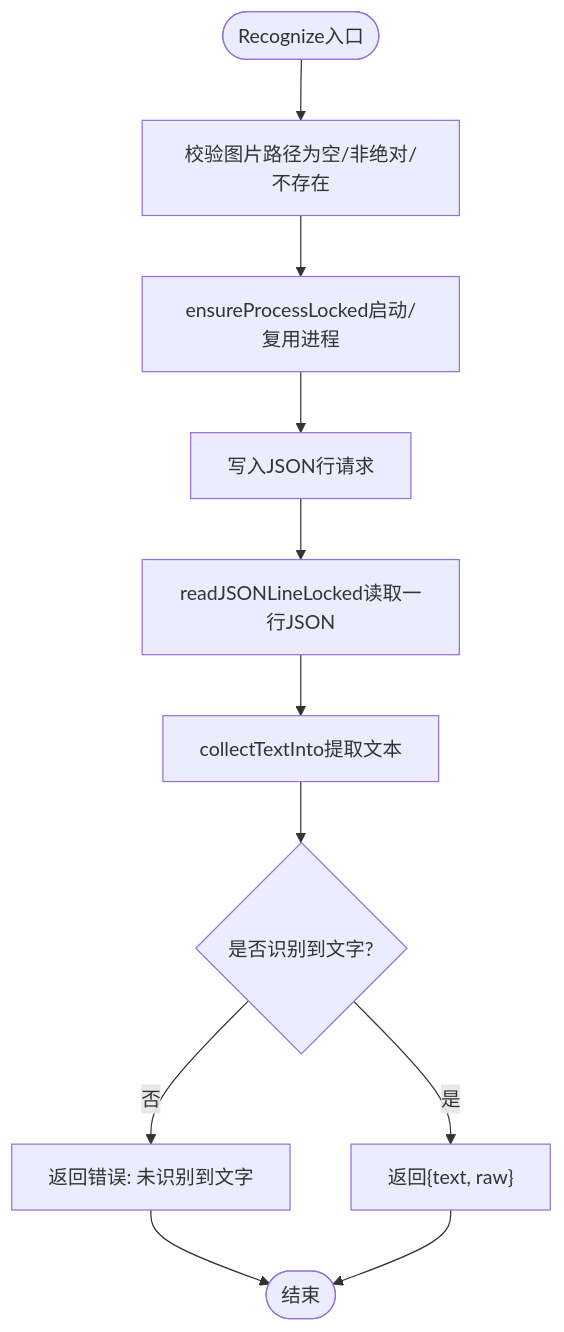
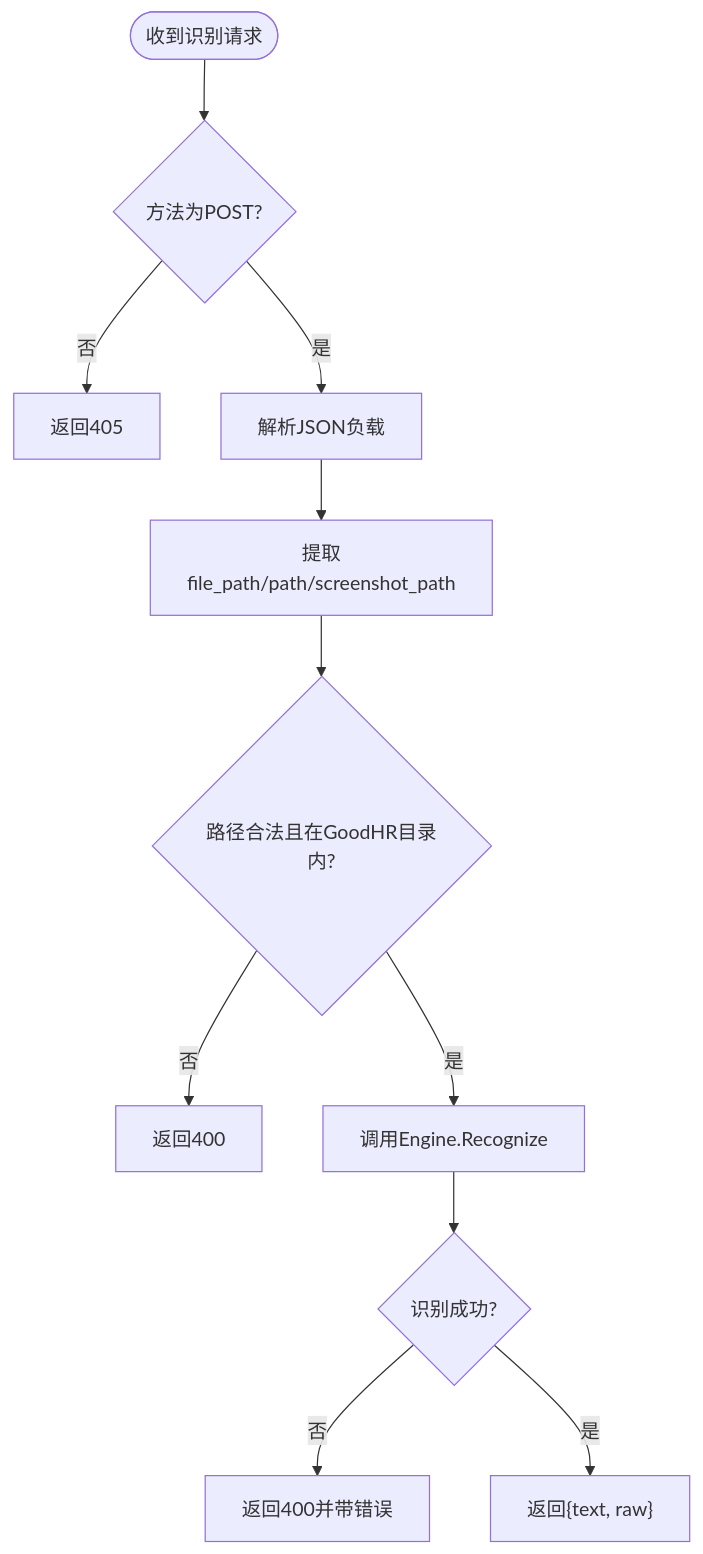
One commit to alvinwangzi/goodhr changed the fourth of 7 diagrams in .qoder/repowiki/zh/content/本地执行器/AI集成/OCR识别引擎.md. Above: the diagram before and after it, drawn with Mermaid. The commit also changed other lines of this file and 149 other files, not shown here.

````diff
--- a/.qoder/repowiki/zh/content/本地执行器/AI集成/OCR识别引擎.md
+++ b/.qoder/repowiki/zh/content/本地执行器/AI集成/OCR识别引擎.md
@@ -128,13 +182,13 @@
 ```mermaid
 flowchart TD
-Start(["Recognize入口"]) --> Validate["校验图片路径为空/非绝对/不存在"]
-Validate --> EnsureProc["ensureProcessLocked启动/复用进程"]
-EnsureProc --> SendReq["写入JSON行请求"]
-SendReq --> ReadResp["readJSONLineLocked读取一行JSON"]
-ReadResp --> Parse["collectTextInto提取文本"]
-Parse --> Result{"是否识别到文字?"}
-Result --> |否| ReturnNoText["返回错误: 未识别到文字"]
-Result --> |是| ReturnOK["返回{text, raw}"]
-ReturnNoText --> End(["结束"])
-ReturnOK --> End
+Start(["收到识别请求"]) --> ValidateMethod{"方法为POST?"}
+ValidateMethod --> |否| MethodNotAllowed["返回405"]
+ValidateMethod --> |是| ParsePayload["解析JSON负载"]
+ParsePayload --> ExtractPath["提取file_path/path/screenshot_path"]
+ExtractPath --> ValidatePath{"路径合法且在GoodHR目录内?"}
+ValidatePath --> |否| BadRequest["返回400"]
+ValidatePath --> |是| CallOCR["调用Engine.Recognize"]
+CallOCR --> OCRResult{"识别成功?"}
+OCRResult --> |否| ReturnError["返回400并带错误"]
+OCRResult --> |是| Success["返回{text, raw}"]
 ```
````
